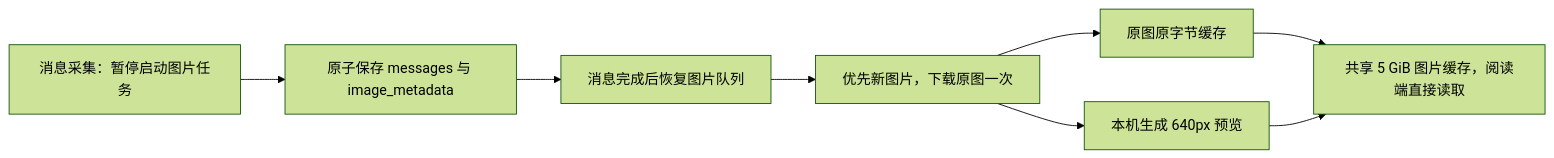
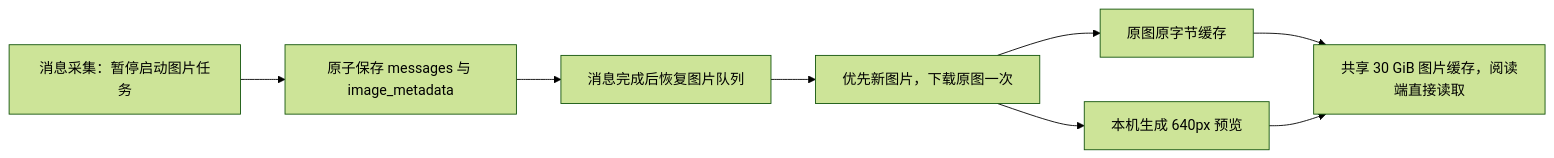
One commit to bufferducky/ChatLab changed the third of 4 diagrams in integrations/telegram/README.md. Above: the diagram before and after it, drawn with Mermaid (forest theme). The commit also changed other lines of this file and 7 other files, not shown here.

````diff
--- a/integrations/telegram/README.md
+++ b/integrations/telegram/README.md
@@ -111,10 +111,10 @@
 ```mermaid
 flowchart LR
     C["消息采集：暂停启动图片任务"] --> M["原子保存 messages 与 image_metadata"]
     M --> Q["消息完成后恢复图片队列"]
     Q --> O["优先新图片，下载原图一次"]
     O --> R["原图原字节缓存"]
     O --> P["本机生成 640px 预览"]
-    R --> K["共享 5 GiB 图片缓存，阅读端直接读取"]
+    R --> K["共享 30 GiB 图片缓存，阅读端直接读取"]
     P --> K
 ```
````
